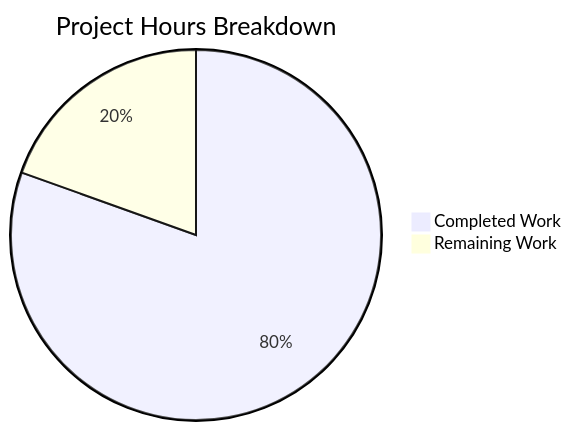
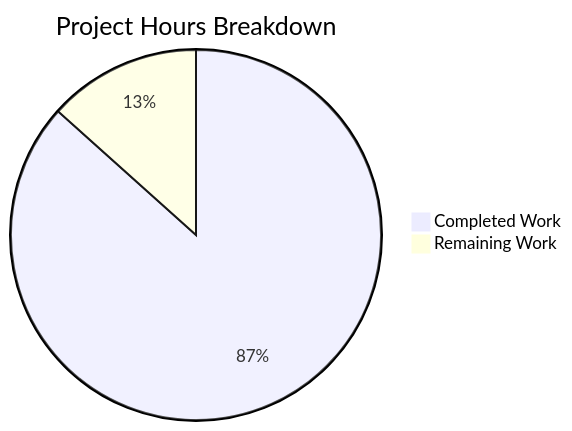
The second of 3 diagrams in blitzy/documentation/Project Guide.md (Blitzy-Sandbox/blitzy-exim), drawn with Mermaid before and after one commit. The commit also changed other lines of this file, not shown here.

Commit message:
Adding Blitzy Project Guide: Project Status and Human Tasks Remaining

````diff
--- a/blitzy/documentation/Project Guide.md
+++ b/blitzy/documentation/Project Guide.md
@@ -255,5 +258,5 @@
 ```mermaid
 pie title Project Hours Breakdown
-    "Completed Work" : 676
-    "Remaining Work" : 164
+    "Completed Work" : 985
+    "Remaining Work" : 152
 ```
````
